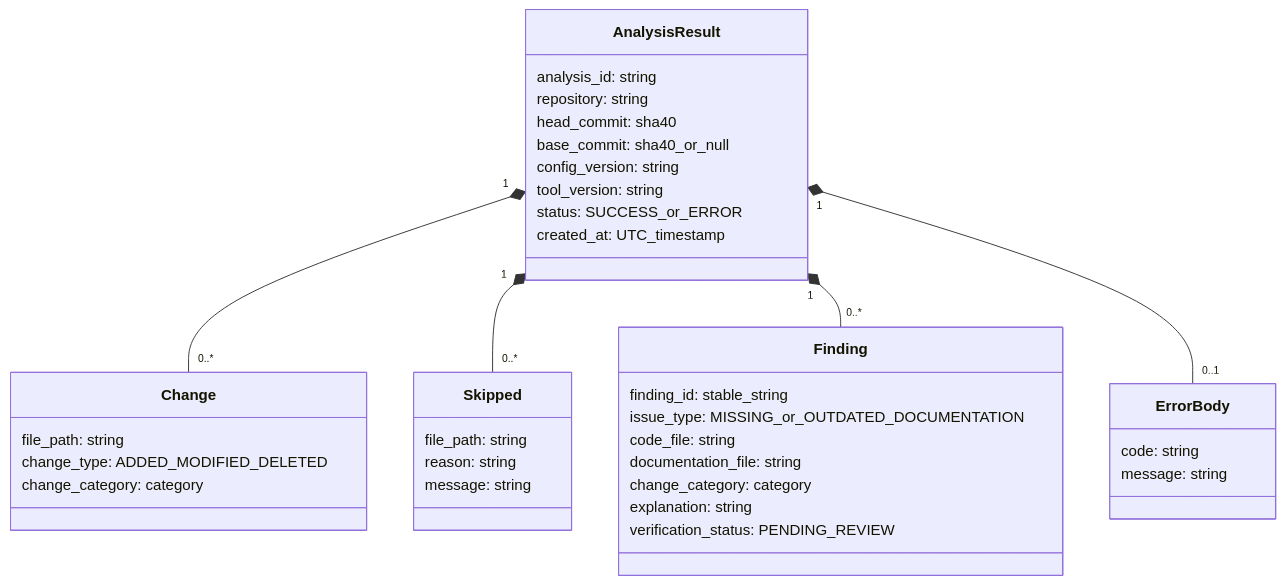
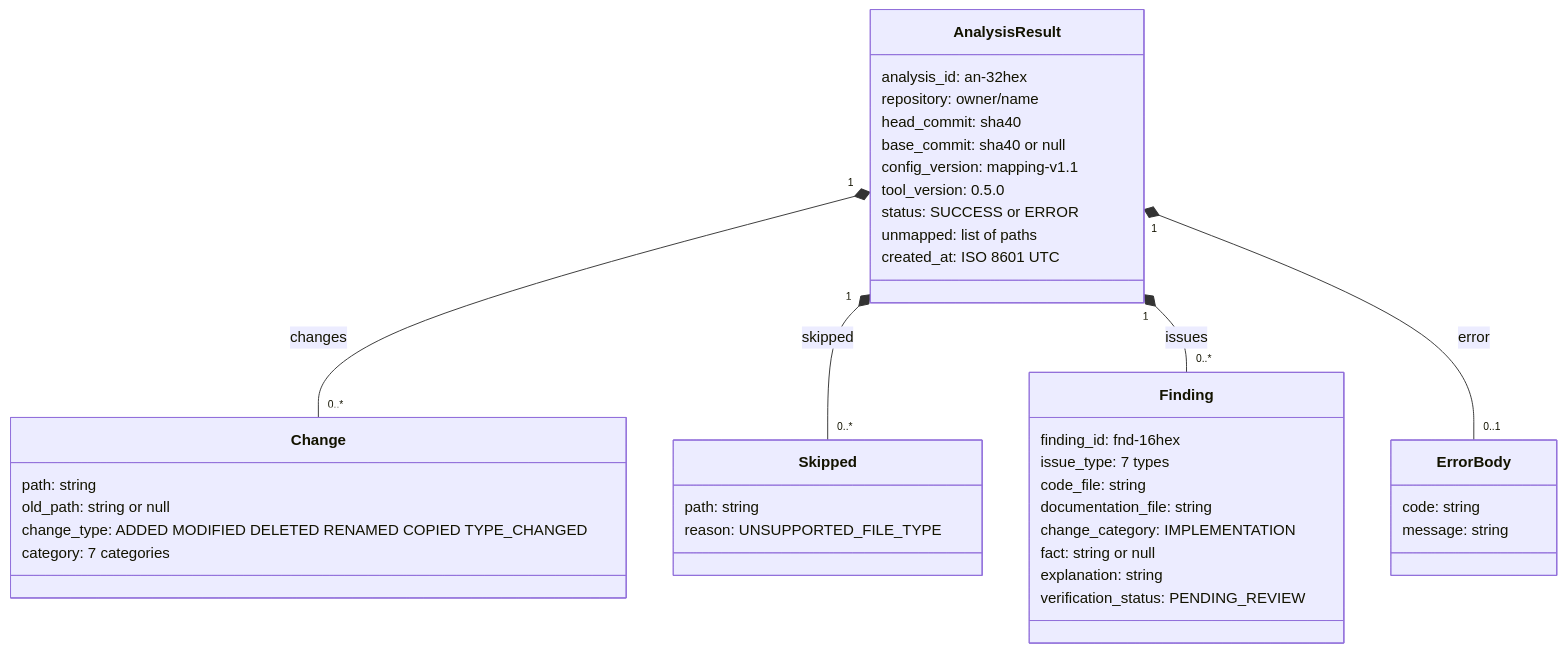
One commit to ParthGupta06/doc-tracker changed the third of 4 diagrams in docs/SYSTEM.md. Above: the diagram before and after it, drawn with Mermaid. The commit also changed other lines of this file and 8 other files, not shown here.

````diff
--- a/docs/SYSTEM.md
+++ b/docs/SYSTEM.md
@@ -120,40 +111,42 @@
 ```mermaid
 classDiagram
   class AnalysisResult {
-    analysis_id: string
-    repository: string
+    analysis_id: an-32hex
+    repository: owner/name
     head_commit: sha40
-    base_commit: sha40_or_null
-    config_version: string
-    tool_version: string
-    status: SUCCESS_or_ERROR
-    created_at: UTC_timestamp
+    base_commit: sha40 or null
+    config_version: mapping-v1.1
+    tool_version: 0.5.0
+    status: SUCCESS or ERROR
+    unmapped: list of paths
+    created_at: ISO 8601 UTC
   }
   class Change {
-    file_path: string
-    change_type: ADDED_MODIFIED_DELETED
-    change_category: category
+    path: string
+    old_path: string or null
+    change_type: ADDED MODIFIED DELETED RENAMED COPIED TYPE_CHANGED
+    category: 7 categories
   }
   class Skipped {
-    file_path: string
-    reason: string
-    message: string
+    path: string
+    reason: UNSUPPORTED_FILE_TYPE
   }
   class Finding {
-    finding_id: stable_string
-    issue_type: MISSING_or_OUTDATED_DOCUMENTATION
+    finding_id: fnd-16hex
+    issue_type: 7 types
     code_file: string
     documentation_file: string
-    change_category: category
+    change_category: IMPLEMENTATION
+    fact: string or null
     explanation: string
     verification_status: PENDING_REVIEW
   }
   class ErrorBody {
     code: string
     message: string
   }
-  AnalysisResult "1" *-- "0..*" Change
-  AnalysisResult "1" *-- "0..*" Skipped
-  AnalysisResult "1" *-- "0..*" Finding
-  AnalysisResult "1" *-- "0..1" ErrorBody
+  AnalysisResult "1" *-- "0..*" Change : changes
+  AnalysisResult "1" *-- "0..*" Skipped : skipped
+  AnalysisResult "1" *-- "0..*" Finding : issues
+  AnalysisResult "1" *-- "0..1" ErrorBody : error
 ```
````
